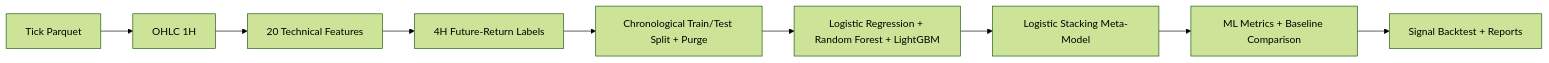
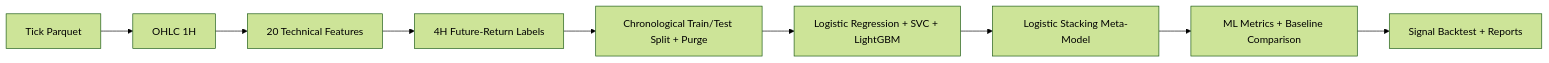
One commit to ultimateBroK/thesis-compact changed the diagram in README.md. Above: the diagram before and after it, drawn with Mermaid (forest theme). The commit also changed other lines of this file, not shown here.

First line of the commit message:
docs: README sync to SVC base + 0.50 threshold

````diff
--- a/README.md
+++ b/README.md
@@ -7,11 +7,11 @@
 ```mermaid
 flowchart LR
     A[Tick Parquet] --> B[OHLC 1H]
     B --> C[20 Technical Features]
     C --> D[4H Future-Return Labels]
     D --> E[Chronological Train/Test Split + Purge]
-    E --> F[Logistic Regression + Random Forest + LightGBM]
+    E --> F[Logistic Regression + SVC + LightGBM]
     F --> G[Logistic Stacking Meta-Model]
     G --> H[ML Metrics + Baseline Comparison]
     H --> I[Signal Backtest + Reports]
 ```
````
